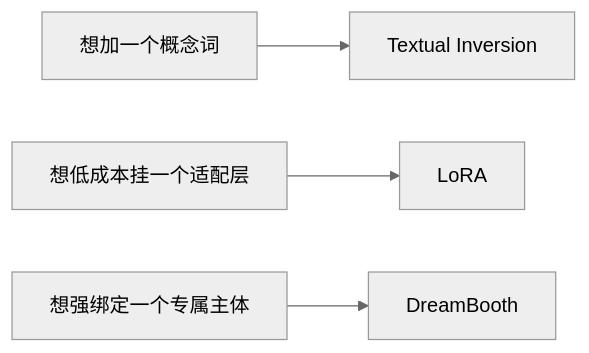
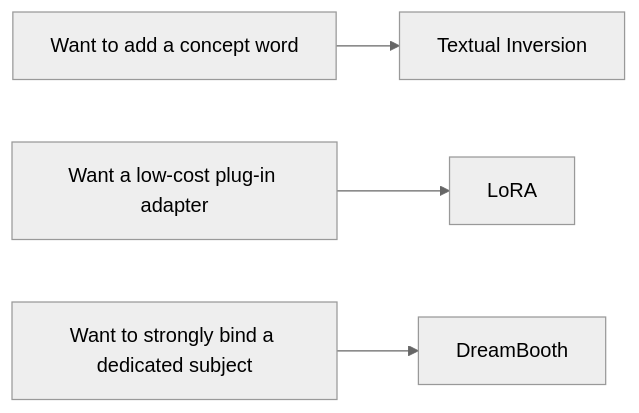
The diagram in docs/ch12-multimodal/ch02-image-gen/04-sd-finetuning.md (oudbiao/AI-fullstack-course), drawn with Mermaid (neutral theme) before and after one commit. The commit also changed other lines of this file and 1406 other files, not shown here.

````diff
--- a/docs/ch12-multimodal/ch02-image-gen/04-sd-finetuning.md
+++ b/docs/ch12-multimodal/ch02-image-gen/04-sd-finetuning.md
@@ -37,6 +37,6 @@
 ```mermaid
 flowchart LR
-    A["想加一个概念词"] --> B["Textual Inversion"]
-    C["想低成本挂一个适配层"] --> D["LoRA"]
-    E["想强绑定一个专属主体"] --> F["DreamBooth"]
+    A["Want to add a concept word"] --> B["Textual Inversion"]
+    C["Want a low-cost plug-in adapter"] --> D["LoRA"]
+    E["Want to strongly bind a dedicated subject"] --> F["DreamBooth"]
 ```
````
